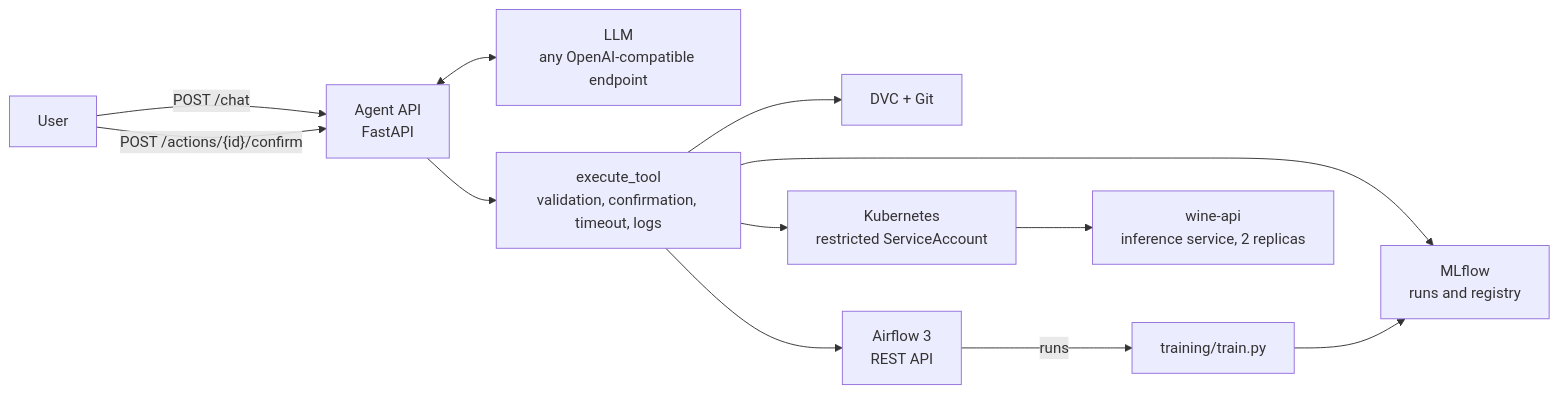
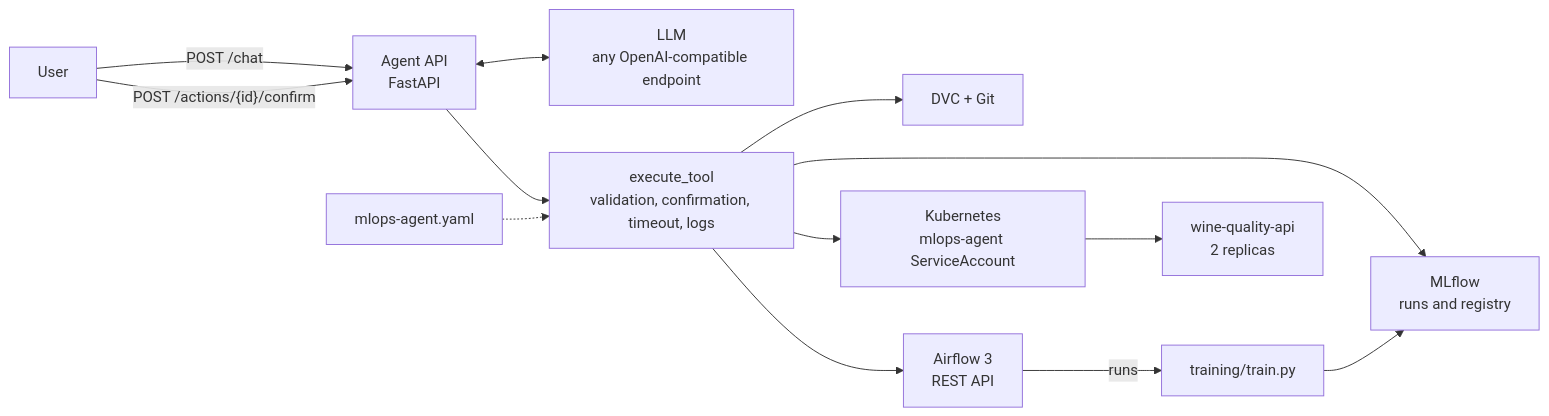
One commit to lioncovehx/grounded-mlops-agent changed the diagram in README.md. Above: the diagram before and after it, drawn with Mermaid. The commit also changed other lines of this file and 29 other files, not shown here.

````diff
--- a/README.md
+++ b/README.md
@@ -27,14 +29,15 @@
 ```mermaid
 flowchart LR
     U["User"] -- "POST /chat" --> A["Agent API<br/>FastAPI"]
     U -- "POST /actions/{id}/confirm" --> A
     A <--> L["LLM<br/>any OpenAI-compatible endpoint"]
     A --> T["execute_tool<br/>validation, confirmation, timeout, logs"]
+    C["mlops-agent.yaml"] -.-> T
     T --> D["DVC + Git"]
     T --> M["MLflow<br/>runs and registry"]
     T --> F["Airflow 3<br/>REST API"]
-    T --> K["Kubernetes<br/>restricted ServiceAccount"]
+    T --> K["Kubernetes<br/>mlops-agent ServiceAccount"]
     F -- "runs" --> P["training/train.py"]
     P --> M
-    K --> I["wine-api<br/>inference service, 2 replicas"]
+    K --> I["wine-quality-api<br/>2 replicas"]
 ```
````
